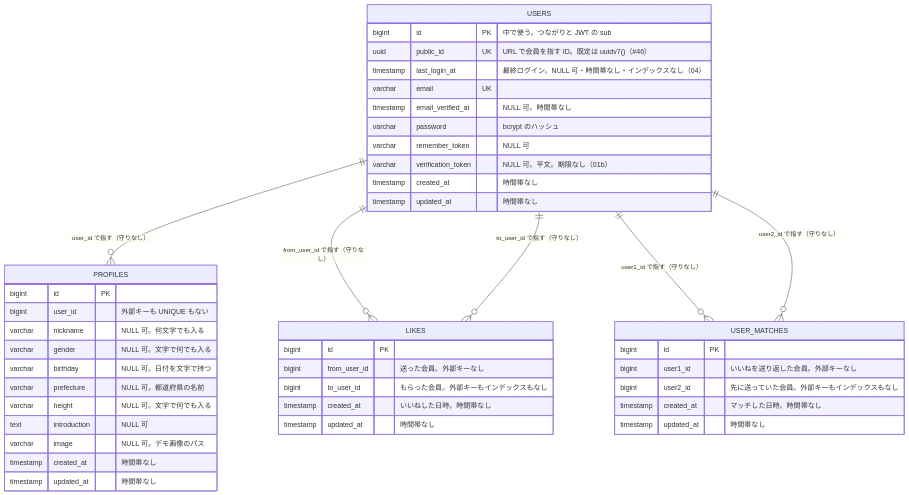
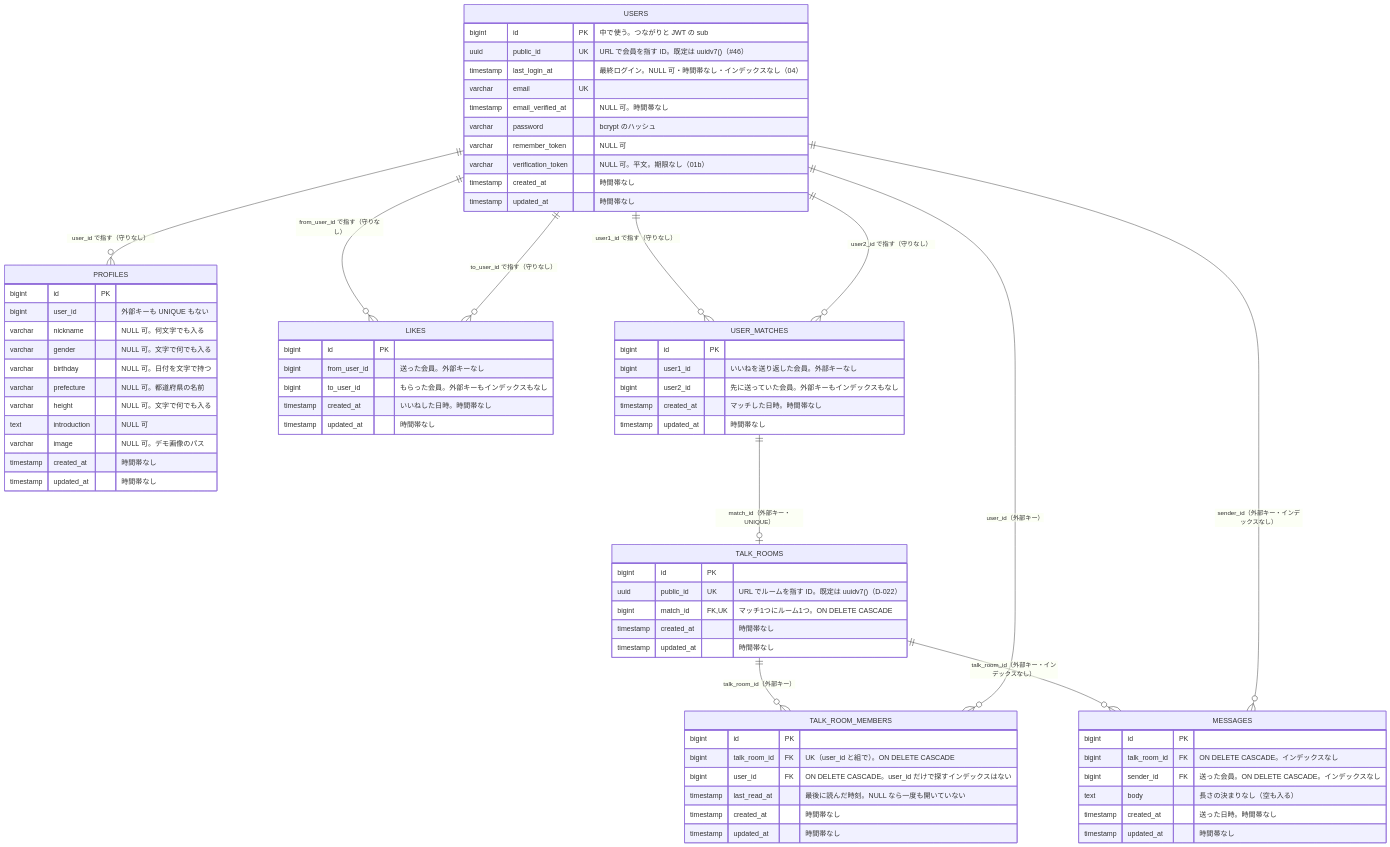
One commit to masa-devx/matching-db-study changed the diagram in docs/data-model.md. Above: the diagram before and after it, drawn with Mermaid. The commit also changed other lines of this file and 4 other files, not shown here.

````diff
--- a/docs/data-model.md
+++ b/docs/data-model.md
@@ -17,47 +19,75 @@
 ```mermaid
 erDiagram
   USERS ||--o{ PROFILES : "user_id で指す（守りなし）"
   USERS ||--o{ LIKES : "from_user_id で指す（守りなし）"
   USERS ||--o{ LIKES : "to_user_id で指す（守りなし）"
   USERS ||--o{ USER_MATCHES : "user1_id で指す（守りなし）"
   USERS ||--o{ USER_MATCHES : "user2_id で指す（守りなし）"
+  USER_MATCHES ||--o| TALK_ROOMS : "match_id（外部キー・UNIQUE）"
+  TALK_ROOMS ||--o{ TALK_ROOM_MEMBERS : "talk_room_id（外部キー）"
+  USERS ||--o{ TALK_ROOM_MEMBERS : "user_id（外部キー）"
+  TALK_ROOMS ||--o{ MESSAGES : "talk_room_id（外部キー・インデックスなし）"
+  USERS ||--o{ MESSAGES : "sender_id（外部キー・インデックスなし）"
   USERS {
     bigint id PK "中で使う。つながりと JWT の sub"
     uuid public_id UK "URL で会員を指す ID。既定は uuidv7()（#46）"
     timestamp last_login_at "最終ログイン。NULL 可・時間帯なし・インデックスなし（04）"
     varchar email UK
     timestamp email_verified_at "NULL 可。時間帯なし"
     varchar password "bcrypt のハッシュ"
     varchar remember_token "NULL 可"
     varchar verification_token "NULL 可。平文。期限なし（01b）"
     timestamp created_at "時間帯なし"
     timestamp updated_at "時間帯なし"
   }
   PROFILES {
     bigint id PK
     bigint user_id "外部キーも UNIQUE もない"
     varchar nickname "NULL 可。何文字でも入る"
     varchar gender "NULL 可。文字で何でも入る"
     varchar birthday "NULL 可。日付を文字で持つ"
     varchar prefecture "NULL 可。都道府県の名前"
     varchar height "NULL 可。文字で何でも入る"
     text introduction "NULL 可"
     varchar image "NULL 可。デモ画像のパス"
     timestamp created_at "時間帯なし"
     timestamp updated_at "時間帯なし"
   }
   LIKES {
     bigint id PK
     bigint from_user_id "送った会員。外部キーなし"
     bigint to_user_id "もらった会員。外部キーもインデックスもなし"
     timestamp created_at "いいねした日時。時間帯なし"
     timestamp updated_at "時間帯なし"
   }
   USER_MATCHES {
     bigint id PK
     bigint user1_id "いいねを送り返した会員。外部キーなし"
     bigint user2_id "先に送っていた会員。外部キーもインデックスもなし"
     timestamp created_at "マッチした日時。時間帯なし"
     timestamp updated_at "時間帯なし"
   }
+  TALK_ROOMS {
+    bigint id PK
+    uuid public_id UK "URL でルームを指す ID。既定は uuidv7()（D-022）"
+    bigint match_id FK,UK "マッチ1つにルーム1つ。ON DELETE CASCADE"
+    timestamp created_at "時間帯なし"
+    timestamp updated_at "時間帯なし"
+  }
+  TALK_ROOM_MEMBERS {
+    bigint id PK
+    bigint talk_room_id FK "UK（user_id と組で）。ON DELETE CASCADE"
+    bigint user_id FK "ON DELETE CASCADE。user_id だけで探すインデックスはない"
+    timestamp last_read_at "最後に読んだ時刻。NULL なら一度も開いていない"
+    timestamp created_at "時間帯なし"
+    timestamp updated_at "時間帯なし"
+  }
+  MESSAGES {
+    bigint id PK
+    bigint talk_room_id FK "ON DELETE CASCADE。インデックスなし"
+    bigint sender_id FK "送った会員。ON DELETE CASCADE。インデックスなし"
+    text body "長さの決まりなし（空も入る）"
+    timestamp created_at "送った日時。時間帯なし"
+    timestamp updated_at "時間帯なし"
+  }
 ```
````
